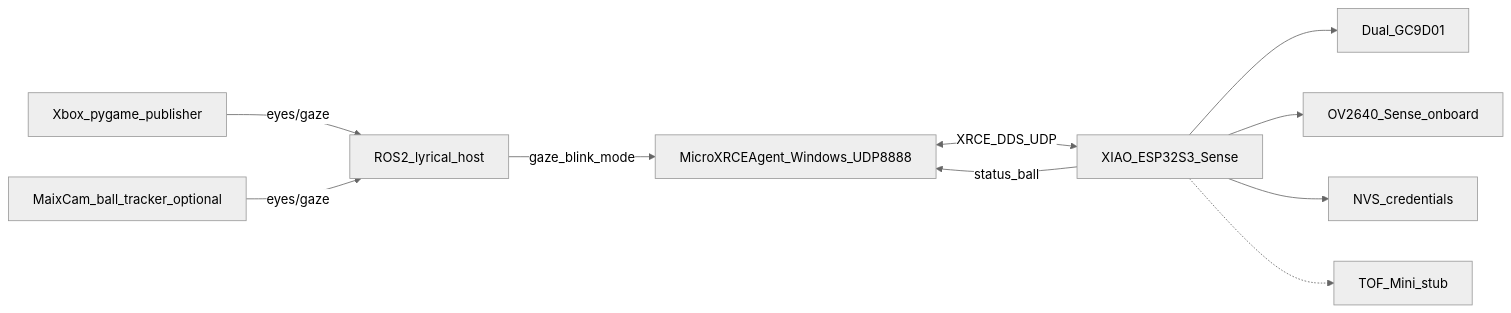
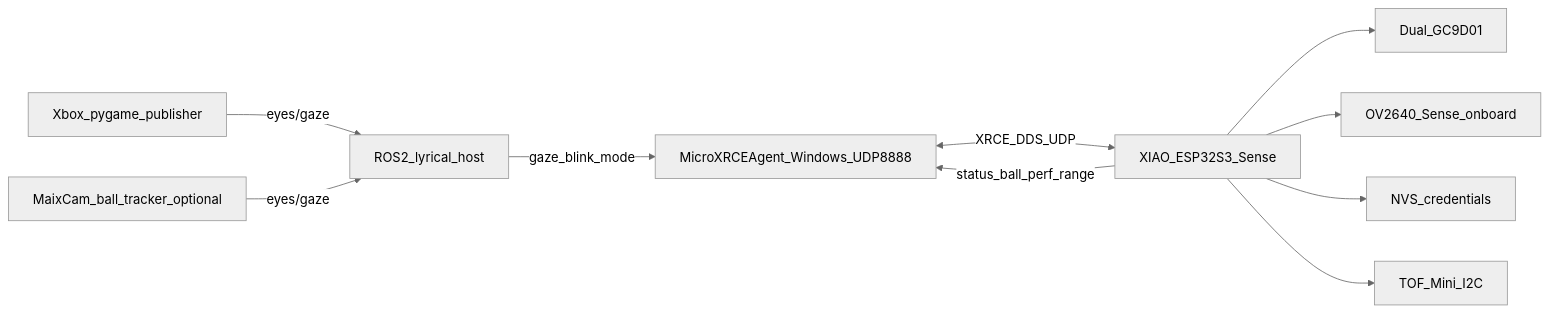
The first of 3 diagrams in docs/ARCHITECTURE.md (Nutz95/ROSEyes), drawn with Mermaid (neutral theme) before and after one commit. The commit also changed other lines of this file and 3 other files, not shown here.

First line of the commit message:
Document TOF ranging, /eyes/range, and non-blocking reconnect.

````diff
--- a/docs/ARCHITECTURE.md
+++ b/docs/ARCHITECTURE.md
@@ -5,22 +5,22 @@
 ```mermaid
 flowchart LR
   Xbox[Xbox_pygame_publisher]
   MaixCam[MaixCam_ball_tracker_optional]
   HostRos[ROS2_lyrical_host]
   Agent[MicroXRCEAgent_Windows_UDP8888]
   Esp[XIAO_ESP32S3_Sense]
   Eyes[Dual_GC9D01]
   Cam[OV2640_Sense_onboard]
   Nvs[NVS_credentials]
-  Tof[TOF_Mini_stub]
+  Tof[TOF_Mini_I2C]
 
   Xbox -->|eyes/gaze| HostRos
   MaixCam -->|eyes/gaze| HostRos
   HostRos -->|gaze_blink_mode| Agent
   Agent <-->|XRCE_DDS_UDP| Esp
-  Esp -->|status_ball| Agent
+  Esp -->|status_ball_perf_range| Agent
   Esp --> Eyes
   Esp --> Cam
   Esp --> Nvs
-  Esp -.-> Tof
+  Esp --> Tof
 ```
````
